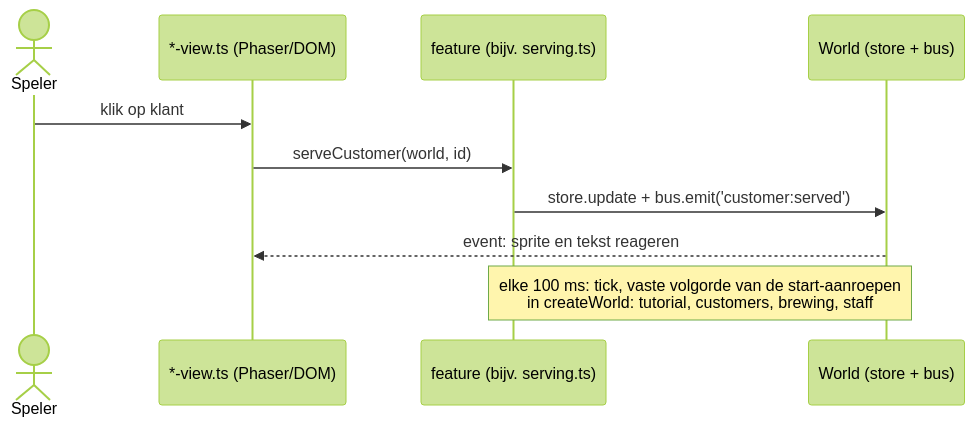
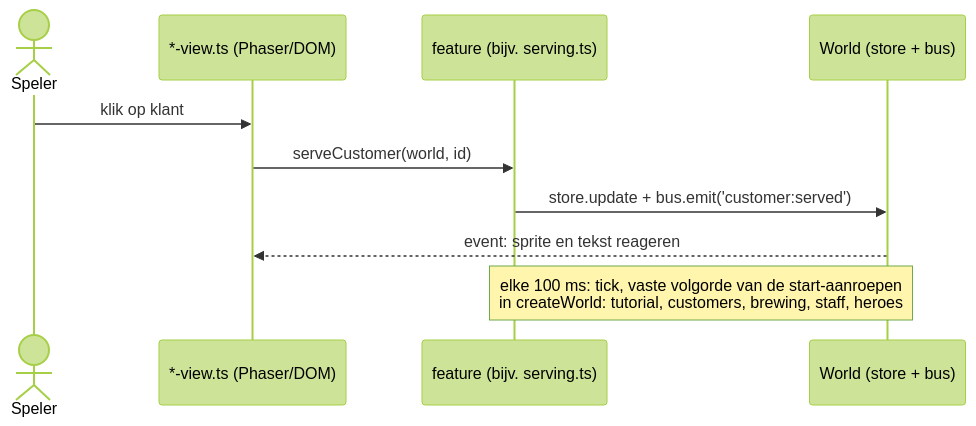
The second of 2 diagrams in docs/GAME_ANALYSE.md (TripR27/CrazyGamesGame), drawn with Mermaid (forest theme) before and after one commit. The commit also changed other lines of this file and 2 other files, not shown here.

Commit message:
Update SPECS, GAME_ANALYSE and IDEAS for step 15a (guild hall and heroes)

````diff
--- a/docs/GAME_ANALYSE.md
+++ b/docs/GAME_ANALYSE.md
@@ -319,12 +319,12 @@
 ```mermaid
 sequenceDiagram
   actor Speler
   participant View as *-view.ts (Phaser/DOM)
   participant F as feature (bijv. serving.ts)
   participant W as World (store + bus)
   Speler->>View: klik op klant
   View->>F: serveCustomer(world, id)
   F->>W: store.update + bus.emit('customer:served')
   W-->>View: event: sprite en tekst reageren
-  Note over W,F: elke 100 ms: tick, vaste volgorde van de start-aanroepen<br/>in createWorld: tutorial, customers, brewing, staff
+  Note over W,F: elke 100 ms: tick, vaste volgorde van de start-aanroepen<br/>in createWorld: tutorial, customers, brewing, staff, heroes
 ```
````
